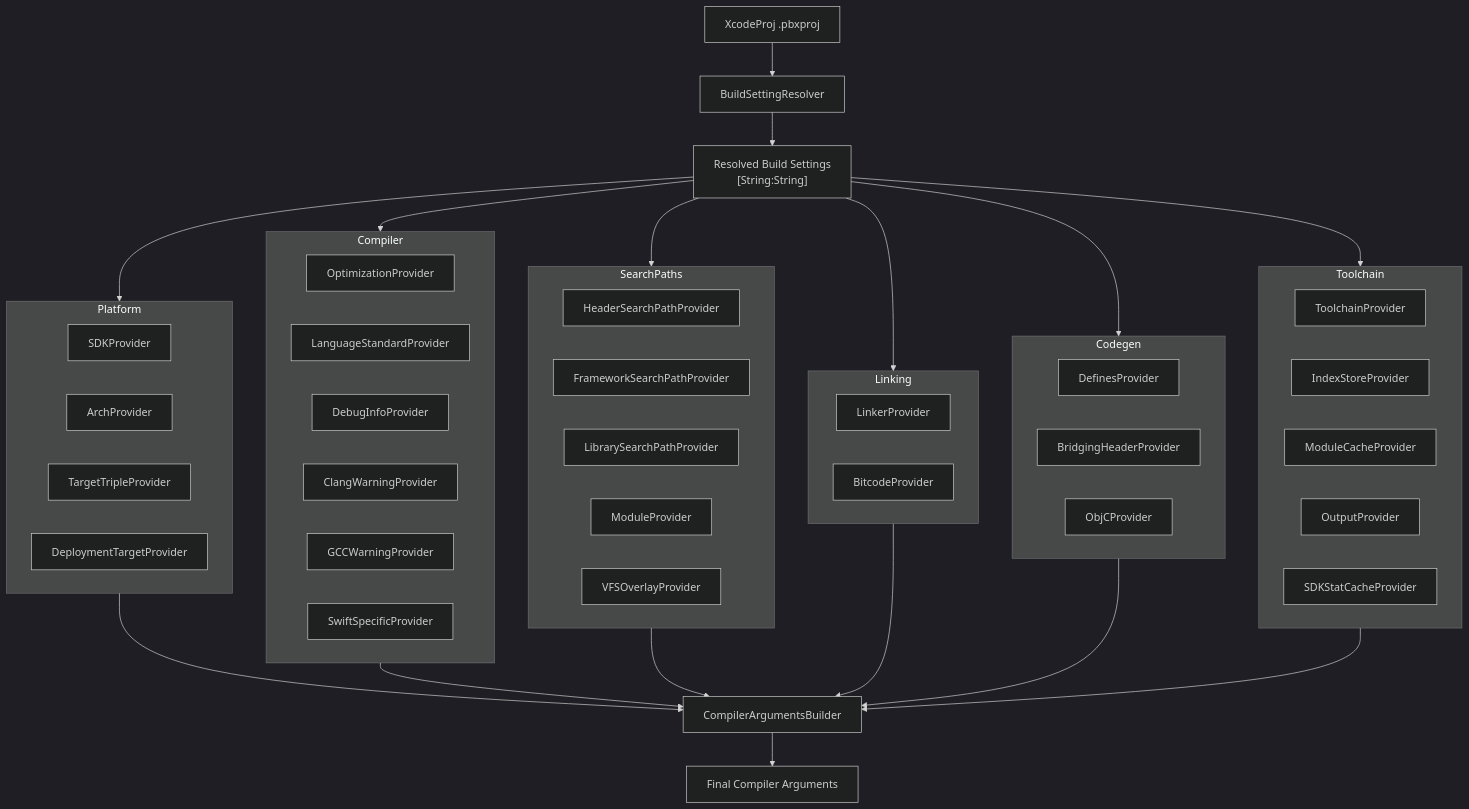
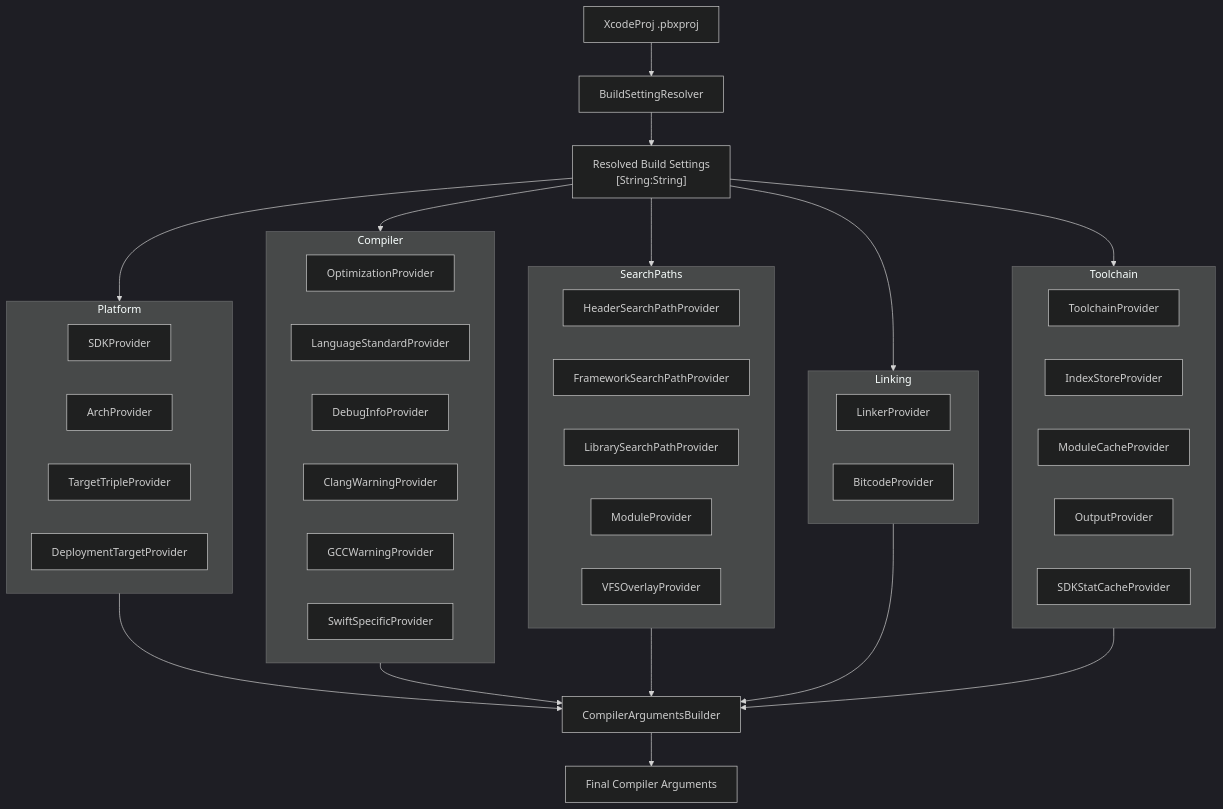
The diagram in Docs/CompilerFlagsProviders.md (aelam/XcodeBuildServer), drawn with Mermaid (dark theme) before and after one commit. The commit also changed other lines of this file and 20 other files, not shown here.

````diff
--- a/Docs/CompilerFlagsProviders.md
+++ b/Docs/CompilerFlagsProviders.md
@@ -59,66 +55,58 @@
 ```mermaid
 flowchart TD
     A["XcodeProj .pbxproj"] --> B["BuildSettingResolver"]
     B --> C["Resolved Build Settings\n[String:String]"]
 
     subgraph Platform
         D1["SDKProvider"]
         D2["ArchProvider"]
         D3["TargetTripleProvider"]
         D4["DeploymentTargetProvider"]
     end
 
     subgraph Compiler
         D5["OptimizationProvider"]
         D6["LanguageStandardProvider"]
         D7["DebugInfoProvider"]
         D8["ClangWarningProvider"]
         D9["GCCWarningProvider"]
         D10["SwiftSpecificProvider"]
     end
 
     subgraph SearchPaths
         D11["HeaderSearchPathProvider"]
         D12["FrameworkSearchPathProvider"]
         D13["LibrarySearchPathProvider"]
         D14["ModuleProvider"]
         D15["VFSOverlayProvider"]
     end
 
     subgraph Linking
         D16["LinkerProvider"]
         D17["BitcodeProvider"]
     end
 
-    subgraph Codegen
-        D18["DefinesProvider"]
-        D19["BridgingHeaderProvider"]
-        D20["ObjCProvider"]
-    end
-
     subgraph Toolchain
         D21["ToolchainProvider"]
         D22["IndexStoreProvider"]
         D23["ModuleCacheProvider"]
         D24["OutputProvider"]
         D25["SDKStatCacheProvider"]
     end
 
     C --> Platform
     C --> Compiler
     C --> SearchPaths
     C --> Linking
-    C --> Codegen
     C --> Toolchain
 
     Platform --> E["CompilerArgumentsBuilder"]
     Compiler --> E
     SearchPaths --> E
     Linking --> E
-    Codegen --> E
     Toolchain --> E
 
     E --> F["Final Compiler Arguments"]
 
 
 ```
````
